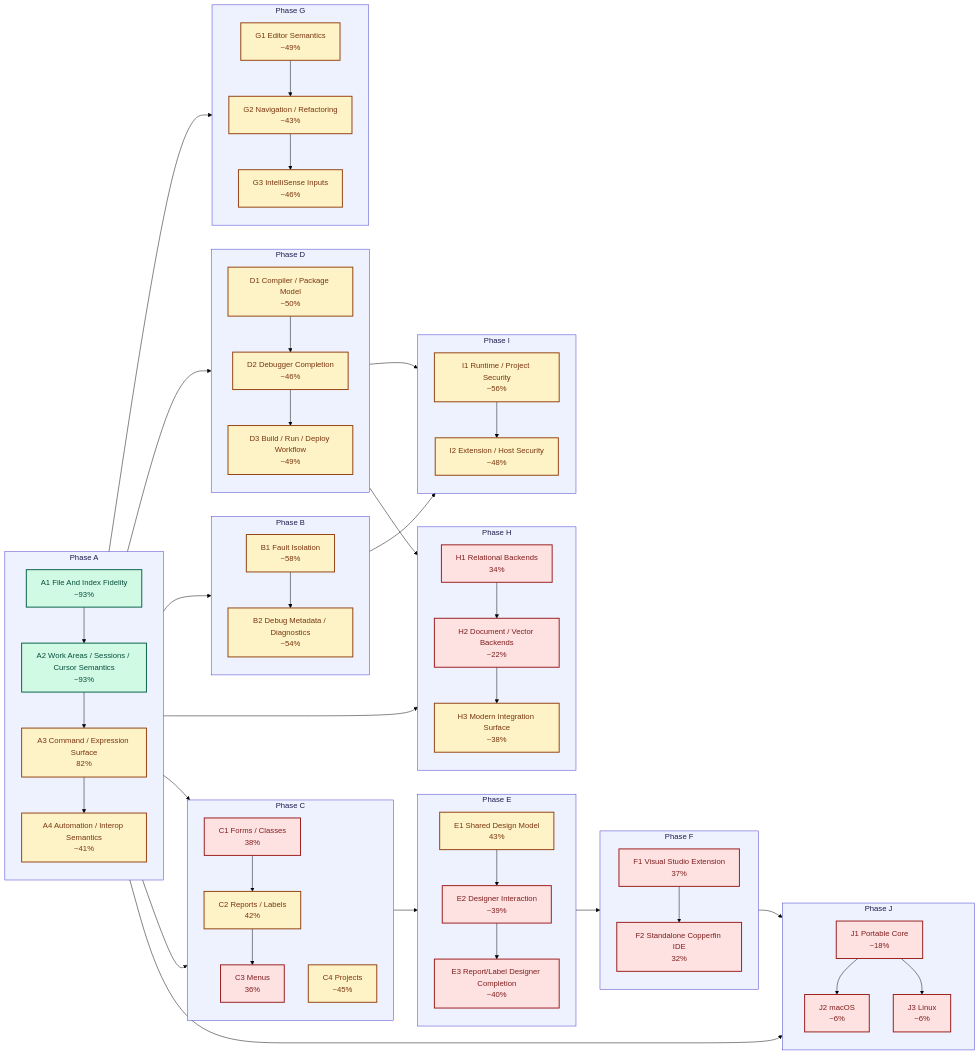
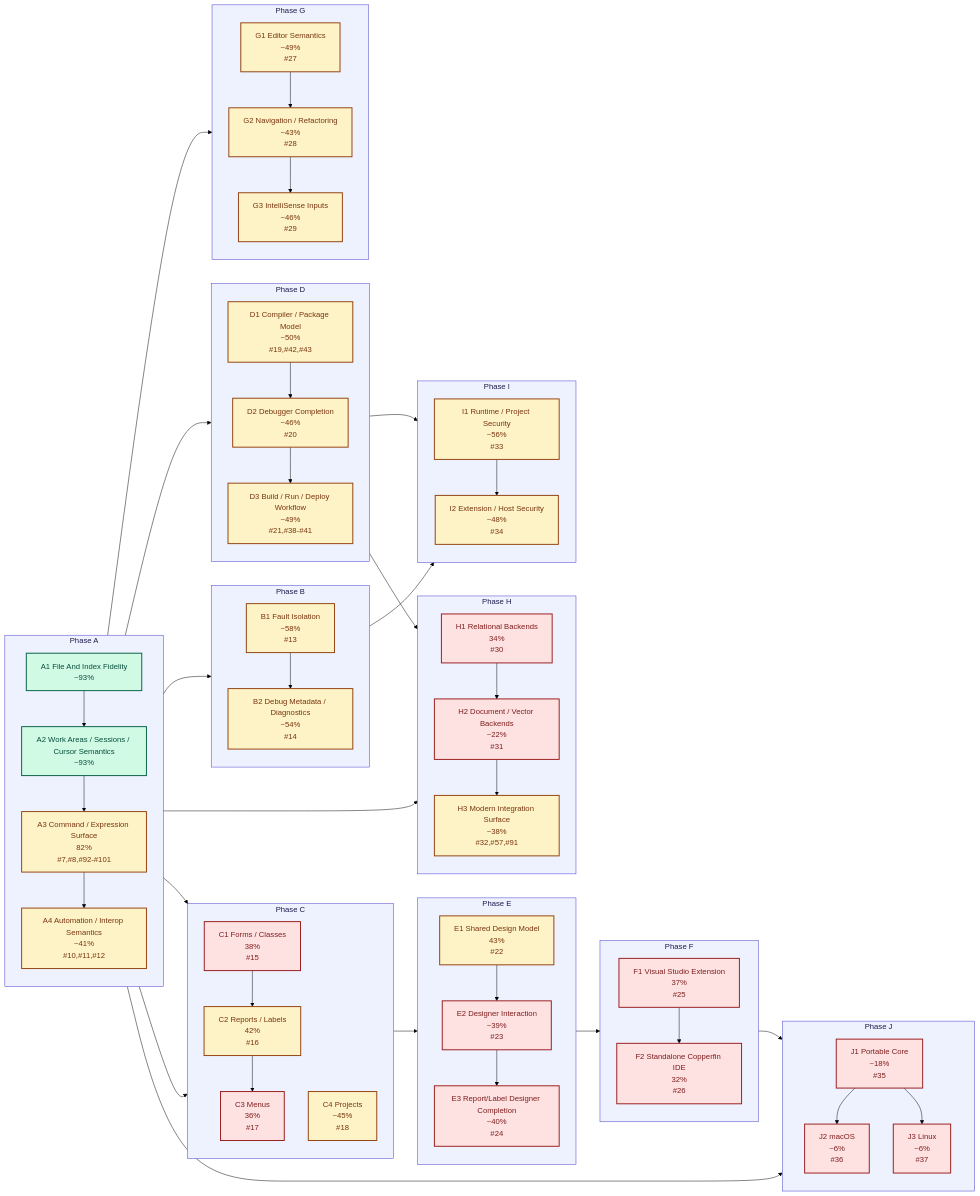
One commit to rhamenator/Project-Copperfin changed the second of 2 diagrams in remaining-work.md. Above: the diagram before and after it, drawn with Mermaid (forest theme). The commit also changed other lines of this file and 2 other files, not shown here.

Commit message:
Enhance architecture documentation with detailed status metrics and add Phase A dependency breakdown

```diff
--- a/remaining-work.md
+++ b/remaining-work.md
@@ -193,69 +194,69 @@
         direction TB
         SA1["A1 File And Index Fidelity<br/>~93%"]
         SA2["A2 Work Areas / Sessions / Cursor Semantics<br/>~93%"]
-        SA3["A3 Command / Expression Surface<br/>82%"]
-        SA4["A4 Automation / Interop Semantics<br/>~41%"]
+        SA3["A3 Command / Expression Surface<br/>82%<br/>#7,#8,#92-#101"]
+        SA4["A4 Automation / Interop Semantics<br/>~41%<br/>#10,#11,#12"]
     end
 
     subgraph SB[Phase B]
         direction TB
-        SB1["B1 Fault Isolation<br/>~58%"]
-        SB2["B2 Debug Metadata / Diagnostics<br/>~54%"]
+        SB1["B1 Fault Isolation<br/>~58%<br/>#13"]
+        SB2["B2 Debug Metadata / Diagnostics<br/>~54%<br/>#14"]
     end
 
     subgraph SC[Phase C]
         direction TB
-        SC1["C1 Forms / Classes<br/>38%"]
-        SC2["C2 Reports / Labels<br/>42%"]
-        SC3["C3 Menus<br/>36%"]
-        SC4["C4 Projects<br/>~45%"]
+        SC1["C1 Forms / Classes<br/>38%<br/>#15"]
+        SC2["C2 Reports / Labels<br/>42%<br/>#16"]
+        SC3["C3 Menus<br/>36%<br/>#17"]
+        SC4["C4 Projects<br/>~45%<br/>#18"]
     end
 
     subgraph SD[Phase D]
         direction TB
-        SD1["D1 Compiler / Package Model<br/>~50%"]
-        SD2["D2 Debugger Completion<br/>~46%"]
-        SD3["D3 Build / Run / Deploy Workflow<br/>~49%"]
+        SD1["D1 Compiler / Package Model<br/>~50%<br/>#19,#42,#43"]
+        SD2["D2 Debugger Completion<br/>~46%<br/>#20"]
+        SD3["D3 Build / Run / Deploy Workflow<br/>~49%<br/>#21,#38-#41"]
     end
 
     subgraph SE[Phase E]
         direction TB
-        SE1["E1 Shared Design Model<br/>43%"]
-        SE2["E2 Designer Interaction<br/>~39%"]
-        SE3["E3 Report/Label Designer Completion<br/>~40%"]
+        SE1["E1 Shared Design Model<br/>43%<br/>#22"]
+        SE2["E2 Designer Interaction<br/>~39%<br/>#23"]
+        SE3["E3 Report/Label Designer Completion<br/>~40%<br/>#24"]
     end
 
     subgraph SF[Phase F]
         direction TB
-        SF1["F1 Visual Studio Extension<br/>37%"]
-        SF2["F2 Standalone Copperfin IDE<br/>32%"]
+        SF1["F1 Visual Studio Extension<br/>37%<br/>#25"]
+        SF2["F2 Standalone Copperfin IDE<br/>32%<br/>#26"]
     end
 
     subgraph SG[Phase G]
         direction TB
-        SG1["G1 Editor Semantics<br/>~49%"]
-        SG2["G2 Navigation / Refactoring<br/>~43%"]
-        SG3["G3 IntelliSense Inputs<br/>~46%"]
+        SG1["G1 Editor Semantics<br/>~49%<br/>#27"]
+        SG2["G2 Navigation / Refactoring<br/>~43%<br/>#28"]
+        SG3["G3 IntelliSense Inputs<br/>~46%<br/>#29"]
     end
 
     subgraph SH[Phase H]
         direction TB
-        SH1["H1 Relational Backends<br/>34%"]
-        SH2["H2 Document / Vector Backends<br/>~22%"]
-        SH3["H3 Modern Integration Surface<br/>~38%"]
+        SH1["H1 Relational Backends<br/>34%<br/>#30"]
+        SH2["H2 Document / Vector Backends<br/>~22%<br/>#31"]
+        SH3["H3 Modern Integration Surface<br/>~38%<br/>#32,#57,#91"]
     end
 
     subgraph SI[Phase I]
         direction TB
-        SI1["I1 Runtime / Project Security<br/>~56%"]
-        SI2["I2 Extension / Host Security<br/>~48%"]
+        SI1["I1 Runtime / Project Security<br/>~56%<br/>#33"]
+        SI2["I2 Extension / Host Security<br/>~48%<br/>#34"]
     end
 
     subgraph SJ[Phase J]
         direction TB
-        SJ1["J1 Portable Core<br/>~18%"]
-        SJ2["J2 macOS<br/>~6%"]
-        SJ3["J3 Linux<br/>~6%"]
+        SJ1["J1 Portable Core<br/>~18%<br/>#35"]
+        SJ2["J2 macOS<br/>~6%<br/>#36"]
+        SJ3["J3 Linux<br/>~6%<br/>#37"]
     end
 
     SA1 --> SA2 --> SA3 --> SA4
```
